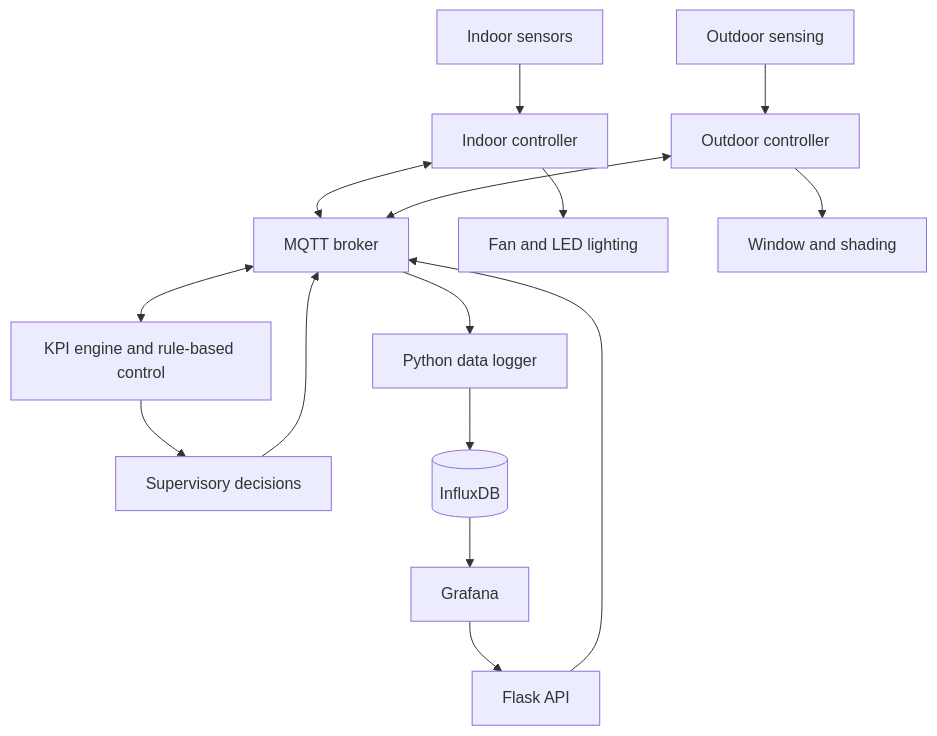
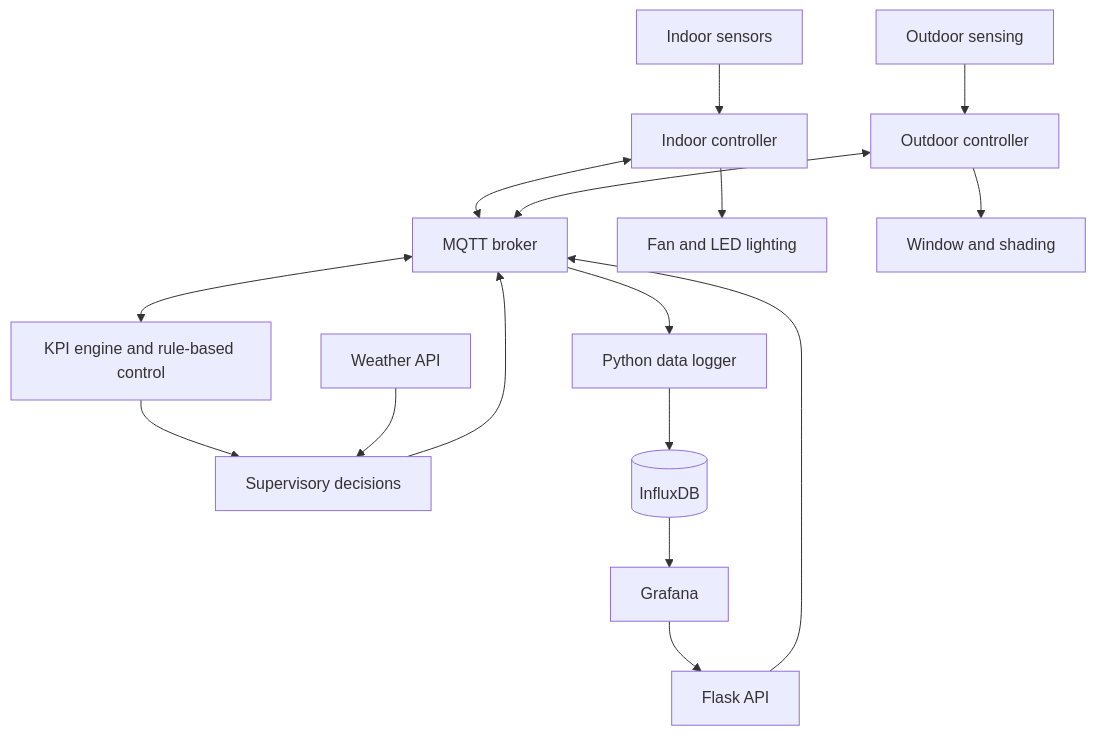
Before and after one commit to Alirezanourishad/WINECO: the diagram in README.md, drawn with Mermaid. The commit also changed other lines of this file and 9 other files, not shown here.

````diff
--- a/README.md
+++ b/README.md
@@ -30,17 +38,18 @@
 ```mermaid
 flowchart TD
     I[Indoor sensors] --> E[Indoor controller]
     O[Outdoor sensing] --> X[Outdoor controller]
     E <--> M[MQTT broker]
     X <--> M
     M <--> K[KPI engine and rule-based control]
     K --> S[Supervisory decisions]
+    W[Weather API] --> S
     S --> M
     E --> A[Fan and LED lighting]
     X --> B[Window and shading]
     M --> L[Python data logger]
     L --> D[(InfluxDB)]
     D --> G[Grafana]
     G --> F[Flask API]
     F --> M
 ```
````
